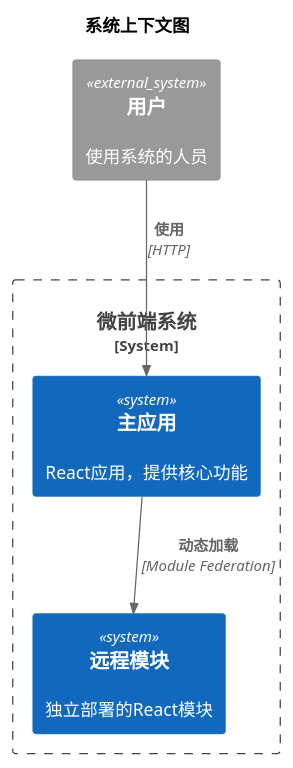
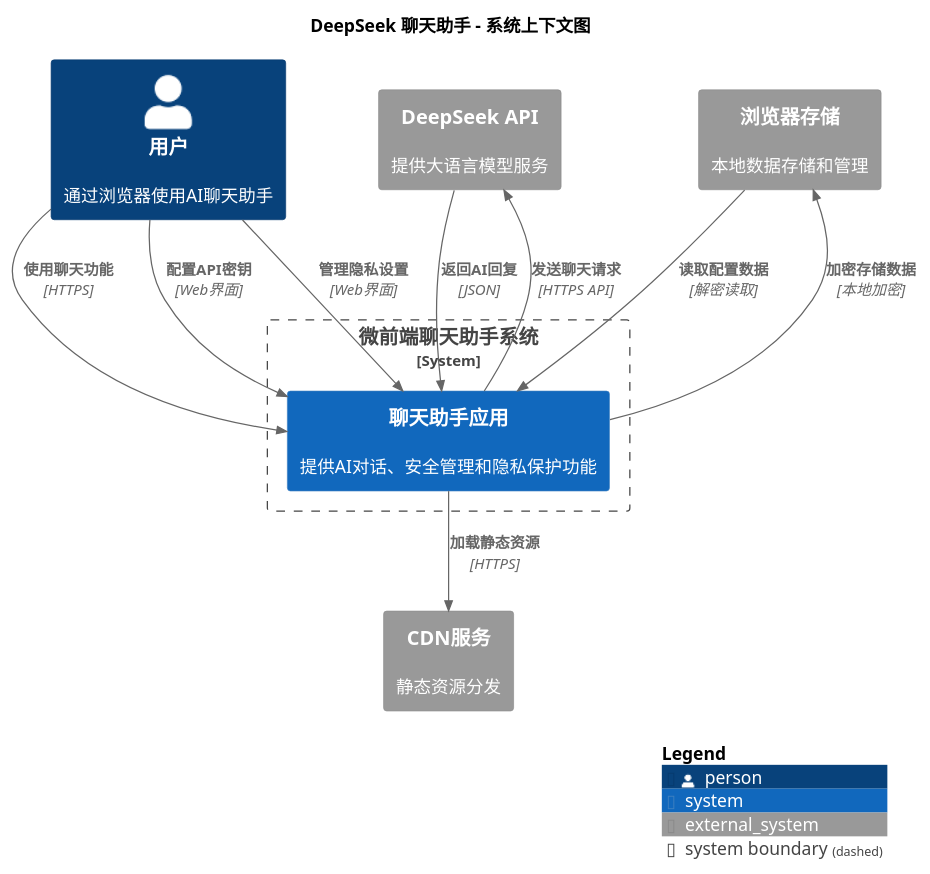
One commit to felixzhu97/micro-frontend-project changed the diagram in docs/architecture/c4_context.puml. Above: the diagram before and after it, drawn with PlantUML. The commit also changed 4 other files, not shown here.

```diff
--- a/docs/architecture/c4_context.puml
+++ b/docs/architecture/c4_context.puml
@@ -1,14 +1,29 @@
 @startuml
 !include https://raw.githubusercontent.com/plantuml-stdlib/C4-PlantUML/master/C4_Context.puml
 
-title 系统上下文图
+title DeepSeek 聊天助手 - 系统上下文图
 
-System_Ext(用户, "用户", "使用系统的人员")
-System_Boundary(micro_frontend, "微前端系统") {
-    System(host, "主应用", "React应用，提供核心功能")
-    System(remote, "远程模块", "独立部署的React模块")
+Person(user, "用户", "通过浏览器使用AI聊天助手")
+
+System_Boundary(system, "微前端聊天助手系统") {
+    System(chat_app, "聊天助手应用", "提供AI对话、安全管理和隐私保护功能")
 }
 
-Rel(用户, host, "使用", "HTTP")
-Rel(host, remote, "动态加载", "Module Federation")
+System_Ext(deepseek_api, "DeepSeek API", "提供大语言模型服务")
+System_Ext(browser_storage, "浏览器存储", "本地数据存储和管理")
+System_Ext(cdn, "CDN服务", "静态资源分发")
+
+Rel(user, chat_app, "使用聊天功能", "HTTPS")
+Rel(user, chat_app, "配置API密钥", "Web界面")
+Rel(user, chat_app, "管理隐私设置", "Web界面")
+
+Rel(chat_app, deepseek_api, "发送聊天请求", "HTTPS API")
+Rel(deepseek_api, chat_app, "返回AI回复", "JSON")
+
+Rel(chat_app, browser_storage, "加密存储数据", "本地加密")
+Rel(browser_storage, chat_app, "读取配置数据", "解密读取")
+
+Rel(chat_app, cdn, "加载静态资源", "HTTPS")
+
+SHOW_LEGEND()
 @enduml
```
